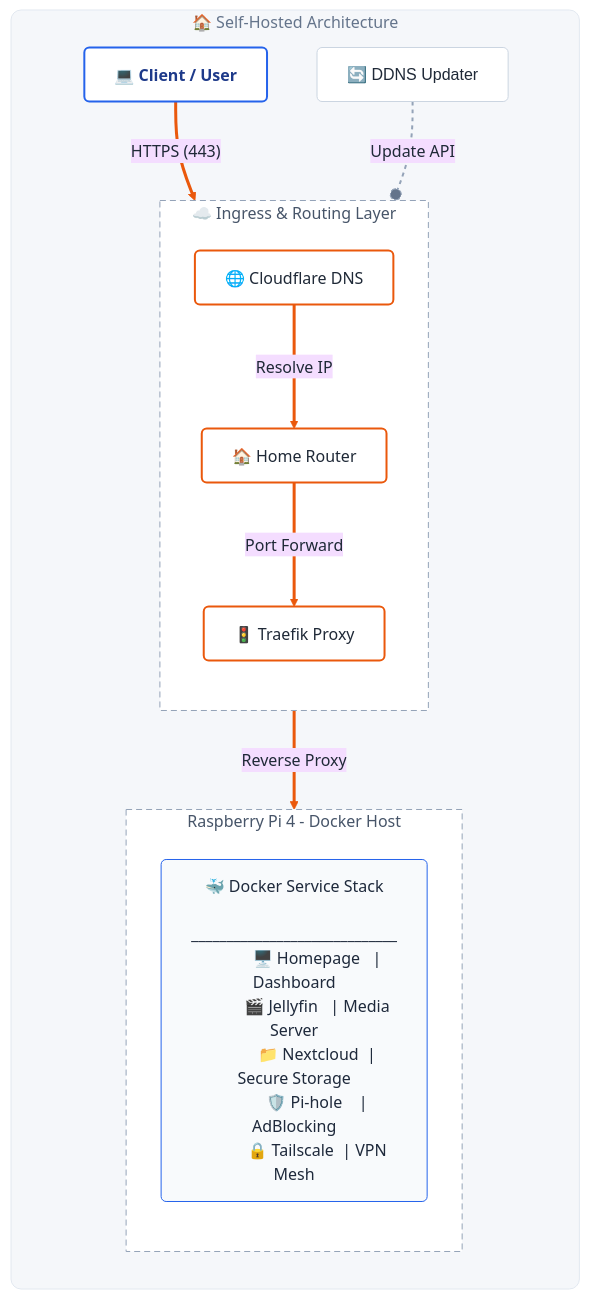
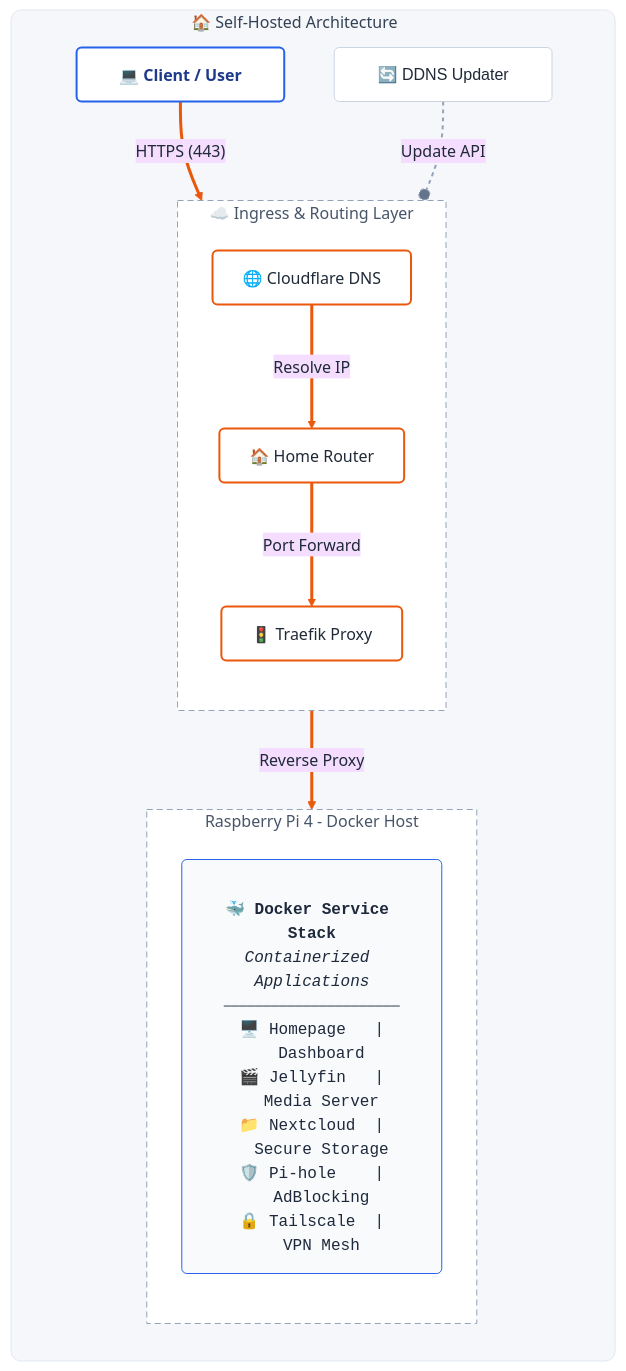
One commit to charan-altro/self-host-lab changed the diagram in README.md. Above: the diagram before and after it, drawn with Mermaid.

````diff
--- a/README.md
+++ b/README.md
@@ -10,80 +10,76 @@
 ```mermaid
 %%{init: {
   'theme': 'base',
   'themeVariables': {
     'background': '#FFFFFF',
     'primaryTextColor': '#1F2937',
-    'lineColor': '#64748B'
+    'lineColor': '#64748B',
+    'fontSize': '16px'
   }
 }}%%
 flowchart TB
     %% --- STYLE DEFINITIONS ---
-    %% 1. White Nodes (Clean white boxes)
-    classDef base fill:#FFFFFF,stroke:#CBD5E1,stroke-width:1px,color:#1F2937,rx:5,ry:5,font-family:sans-serif
+    %% 1. White Nodes (Clean white boxes with Shadow effect)
+    classDef base fill:#FFFFFF,stroke:#CBD5E1,stroke-width:1px,color:#1F2937,rx:5,ry:5,font-family:sans-serif,shadow:true
     
     %% 2. Blue Accents (Endpoints)
-    classDef client fill:#FFFFFF,stroke:#2563EB,stroke-width:2px,color:#1E3A8A,rx:5,ry:5,font-weight:bold
+    classDef client fill:#FFFFFF,stroke:#2563EB,stroke-width:2px,color:#1E3A8A,rx:5,ry:5,font-weight:bold,shadow:true
     
     %% 3. Orange Accents (Routing Nodes)
-    classDef transit fill:#FFFFFF,stroke:#EA580C,stroke-width:2px,color:#1F2937,rx:5,ry:5
+    classDef transit fill:#FFFFFF,stroke:#EA580C,stroke-width:2px,color:#1F2937,rx:5,ry:5,shadow:true
 
-    %% 4. The Docker List Box
-    classDef listBox fill:#F8FAFC,stroke:#2563EB,stroke-width:1px,color:#1E293B,rx:5,ry:5,align:left
+    %% 4. The Docker List Box (Left Aligned with Monospace font for alignment)
+    classDef listBox fill:#F8FAFC,stroke:#2563EB,stroke-width:1px,color:#1E293B,rx:5,ry:5,align:left,font-family:monospace
 
     %% --- CONTAINER STYLING ---
-    %% The "Master" container (The Grey Background Card)
-    classDef masterZone fill:#F5F7FA,stroke:#E2E8F0,stroke-width:1px,rx:10,ry:10,color:#64748B
-    
-    %% The Inner Zones (White cards on top of Grey)
+    %% Master Container (Grey Card)
+    classDef masterZone fill:#F5F7FA,stroke:#E2E8F0,stroke-width:1px,rx:10,ry:10,color:#334155
+    %% Inner Zones (White Cards)
     classDef innerZone fill:#FFFFFF,stroke:#94A3B8,stroke-width:1px,stroke-dasharray: 6 4,color:#475569
 
     %% --- DIAGRAM CONTENT ---
 
-    %% !!! MASTER CONTAINER STARTS HERE !!!
-    subgraph HomeLab ["🏠 Self-Hosted Architecture"]
+    %% !!! MASTER CONTAINER !!!
+    subgraph HomeLab ["🏠 Self-Hosted Architecture &nbsp;&nbsp;&nbsp;&nbsp;&nbsp;&nbsp;&nbsp;&nbsp;"]
         direction TB
 
-        %% 1. TOP LAYER
-        User["💻 Client / User"]:::client
-        DDNS["🔄 DDNS Updater"]:::base
+        %% 1. TOP LAYER (Padded text to force width)
+        User["&nbsp;&nbsp;&nbsp;💻 Client / User&nbsp;&nbsp;&nbsp;"]:::client
+        DDNS["&nbsp;&nbsp;&nbsp;🔄 DDNS Updater&nbsp;&nbsp;&nbsp;"]:::base
 
         %% 2. MIDDLE LAYER: Routing
         subgraph Routing ["☁️ Ingress & Routing Layer"]
             direction TB
             DNS["🌐 Cloudflare DNS"]:::transit
             Router["🏠 Home Router"]:::transit
             Traefik["🚦 Traefik Proxy"]:::transit
         end
 
         %% 3. BOTTOM LAYER: Server
         subgraph Server ["Raspberry Pi 4 - Docker Host"]
             direction TB
-            DockerList["🐳 Docker Service Stack
-            _____________________________
-            🖥️ Homepage   | Dashboard
-            🎬 Jellyfin   | Media Server
-            📁 Nextcloud  | Secure Storage
-            🛡️ Pi-hole    | AdBlocking
-            🔒 Tailscale  | VPN Mesh"]:::listBox
+            
+            %% Using HTML for cleaner internal formatting
+            DockerList["<br/><b>🐳 Docker Service Stack</b><br/><i>Containerized Applications</i><br/>⎯⎯⎯⎯⎯⎯⎯⎯⎯⎯⎯⎯⎯⎯⎯⎯⎯⎯⎯⎯⎯⎯<br/>🖥️ Homepage&nbsp;&nbsp;&nbsp;|&nbsp;&nbsp;Dashboard<br/>🎬 Jellyfin&nbsp;&nbsp;&nbsp;|&nbsp;&nbsp;Media Server<br/>📁 Nextcloud&nbsp;&nbsp;|&nbsp;&nbsp;Secure Storage<br/>🛡️ Pi-hole&nbsp;&nbsp;&nbsp;&nbsp;|&nbsp;&nbsp;AdBlocking<br/>🔒 Tailscale&nbsp;&nbsp;|&nbsp;&nbsp;VPN Mesh<br/>"]:::listBox
         end
     end
-    %% !!! MASTER CONTAINER ENDS HERE !!!
 
     %% --- CONNECTIONS ---
+    
     %% Active Path (Orange & Thick)
     User ==>|"HTTPS (443)"| DNS
     DNS ==>|"Resolve IP"| Router
     Router ==>|"Port Forward"| Traefik
     Traefik ==>|"Reverse Proxy"| DockerList
 
     %% Maintenance Path (Grey & Dashed)
     DDNS -.-o|"Update API"| DNS
 
     %% --- APPLY STYLES ---
     class HomeLab masterZone
     class Routing,Server innerZone
 
     %% Link Styling
     linkStyle 0,1,2,3 stroke:#EA580C,stroke-width:3px,fill:none
     linkStyle 4 stroke:#94A3B8,stroke-width:2px,stroke-dasharray: 4 4
 ```
````
